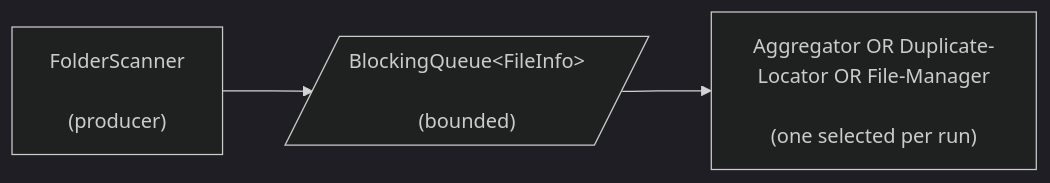
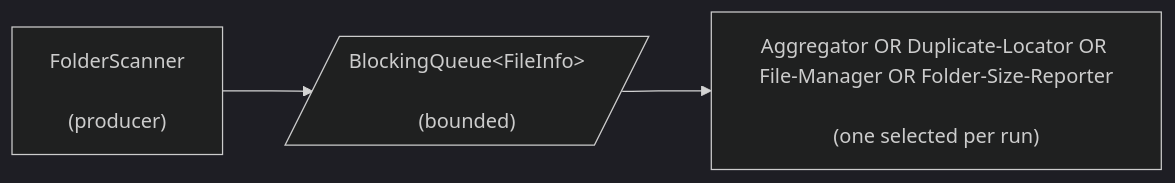
One commit to erancha/folder-scanner changed the diagram in README.md. Above: the diagram before and after it, drawn with Mermaid (dark theme). The commit also changed other lines of this file and 18 other files, not shown here.

First line of the commit message:
Add Folder-Size-Reporter consumer ranking subtrees with baseline growth tracking

````diff
--- a/README.md
+++ b/README.md
@@ -20,5 +23,6 @@
 ```mermaid
+%%{init: {'flowchart': {'wrappingWidth': 300}}}%%
 flowchart LR
     FS["FolderScanner<br/><br/>(producer)"] --> Q[/"BlockingQueue&lt;FileInfo&gt;<br/><br/>(bounded)"/]
-    Q --> C["Aggregator OR Duplicate-Locator OR File-Manager<br/><br/>(one selected per run)"]
+    Q --> C["Aggregator OR Duplicate-Locator OR File-Manager OR Folder-Size-Reporter<br/><br/>(one selected per run)"]
 ```
````
